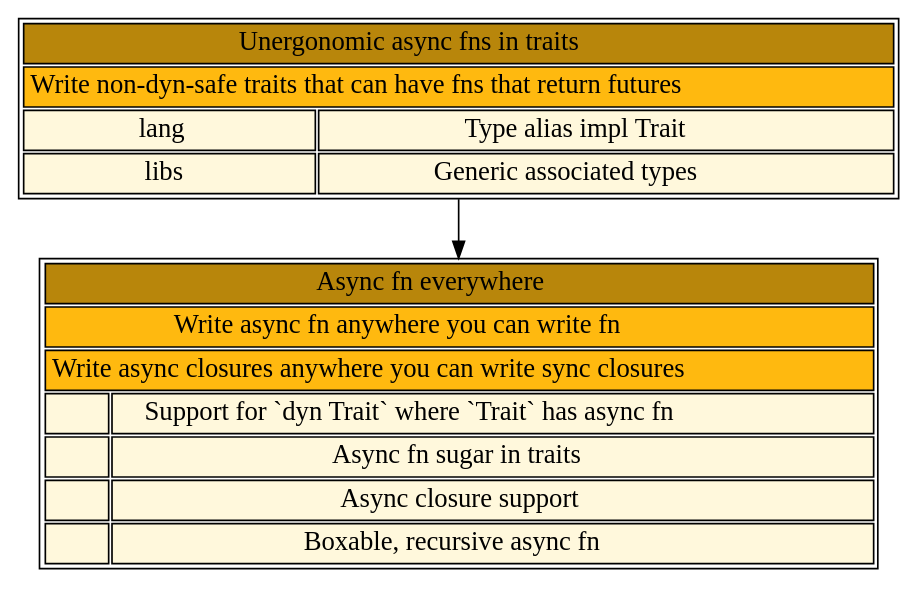
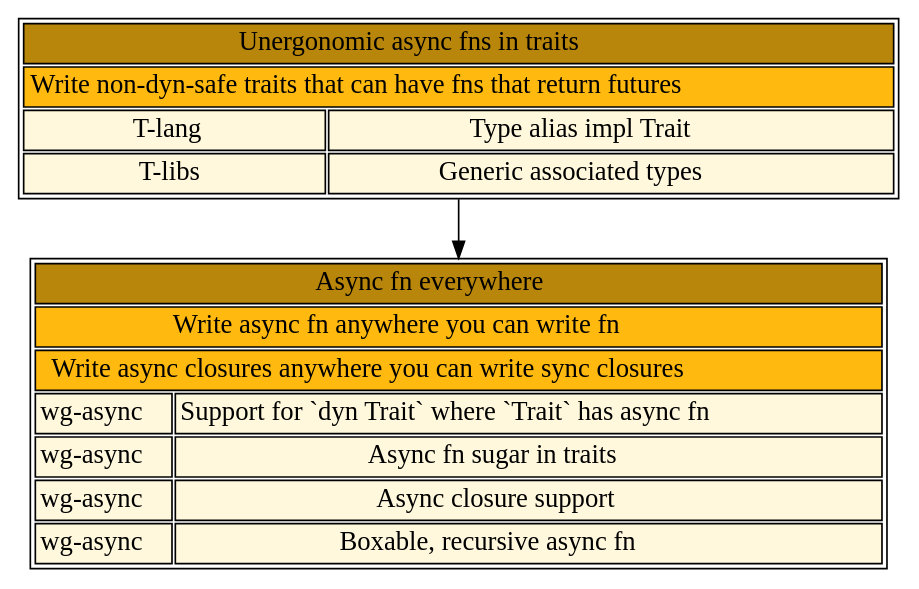
One commit to nikomatsakis/skill-tree changed the diagram in test-data/avd_snippet.gv. Above: the diagram before and after it, drawn with Graphviz. The commit also changed 3 other files, not shown here.

```diff
--- a/test-data/avd_snippet.gv
+++ b/test-data/avd_snippet.gv
@@ -1,29 +1,29 @@
 digraph g {
 graph [ rankdir = "TD" ];
 node [ fontsize="16", shape = "ellipse" ];
 edge [ ];
 "async-traits" [
   label = <<table>
     <tr><td bgcolor="darkgoldenrod" colspan="2">Unergonomic async fns in traits</td></tr>
     <tr><td bgcolor="darkgoldenrod1" colspan="2">Write non-dyn-safe traits that can have fns that return futures</td></tr>
-    <tr><td bgcolor="cornsilk">lang</td><td fontcolor="red" bgcolor="cornsilk">Type alias impl Trait</td></tr>
-    <tr><td bgcolor="cornsilk">libs</td><td fontcolor="red" bgcolor="cornsilk">Generic associated types</td></tr>
+    <tr><td bgcolor="cornsilk">T-lang</td><td fontcolor="red" bgcolor="cornsilk">Type alias impl Trait</td></tr>
+    <tr><td bgcolor="cornsilk">T-libs</td><td fontcolor="red" bgcolor="cornsilk">Generic associated types</td></tr>
   </table>>
   shape = "none"
   margin = 0
 ]
 "async-fn-everywhere" [
   label = <<table>
     <tr><td bgcolor="darkgoldenrod" colspan="2">Async fn everywhere</td></tr>
     <tr><td bgcolor="darkgoldenrod1" colspan="2">Write async fn anywhere you can write fn</td></tr>
     <tr><td bgcolor="darkgoldenrod1" colspan="2">Write async closures anywhere you can write sync closures</td></tr>
-    <tr><td bgcolor="cornsilk"></td><td fontcolor="red" bgcolor="cornsilk">Support for `dyn Trait` where `Trait` has async fn</td></tr>
-    <tr><td bgcolor="cornsilk"></td><td fontcolor="red" bgcolor="cornsilk">Async fn sugar in traits</td></tr>
-    <tr><td bgcolor="cornsilk"></td><td fontcolor="red" bgcolor="cornsilk">Async closure support</td></tr>
-    <tr><td bgcolor="cornsilk"></td><td fontcolor="red" bgcolor="cornsilk">Boxable, recursive async fn</td></tr>
+    <tr><td bgcolor="cornsilk">wg-async</td><td fontcolor="red" bgcolor="cornsilk">Support for `dyn Trait` where `Trait` has async fn</td></tr>
+    <tr><td bgcolor="cornsilk">wg-async</td><td fontcolor="red" bgcolor="cornsilk">Async fn sugar in traits</td></tr>
+    <tr><td bgcolor="cornsilk">wg-async</td><td fontcolor="red" bgcolor="cornsilk">Async closure support</td></tr>
+    <tr><td bgcolor="cornsilk">wg-async</td><td fontcolor="red" bgcolor="cornsilk">Boxable, recursive async fn</td></tr>
   </table>>
   shape = "none"
   margin = 0
 ]
 "async-traits" -> "async-fn-everywhere";
 }
```
